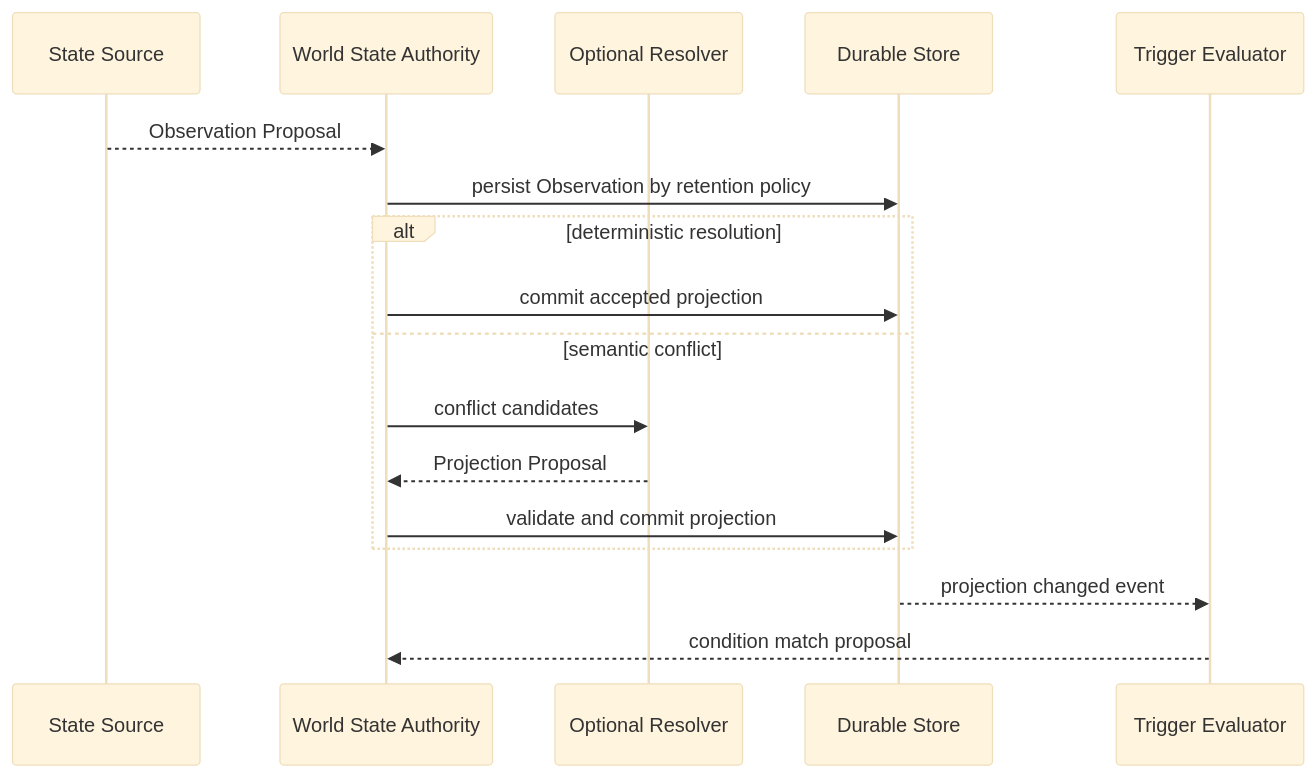
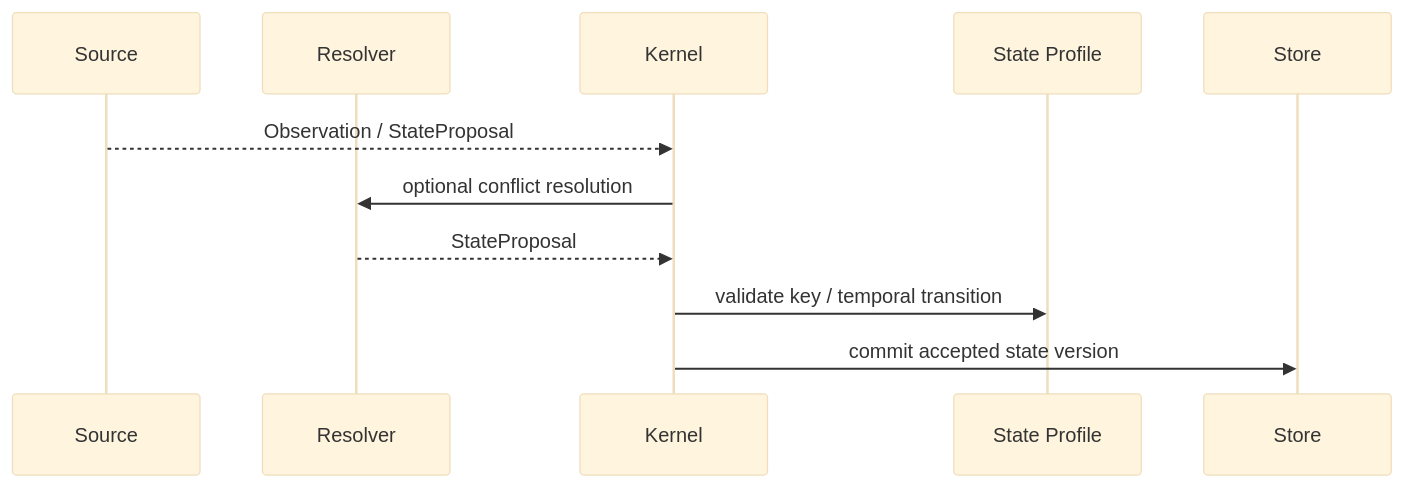
One commit to wzw57/OpenShadow changed the fifth of 6 diagrams in docs/technical-architecture.md. Above: the diagram before and after it, drawn with Mermaid (base theme). The commit also changed other lines of this file, not shown here.

Commit message:
docs: align docs/technical-architecture.md with tiny kernel profiles

```diff
--- a/docs/technical-architecture.md
+++ b/docs/technical-architecture.md
@@ -486,20 +549,14 @@
 ~~~mermaid
 sequenceDiagram
-    participant SRC as State Source
-    participant WA as World State Authority
-    participant SR as Optional Resolver
-    participant DS as Durable Store
-    participant TR as Trigger Evaluator
+    participant Source
+    participant Resolver
+    participant Kernel
+    participant Profile as State Profile
+    participant Store
 
-    SRC-->>WA: Observation Proposal
-    WA->>DS: persist Observation by retention policy
-    alt deterministic resolution
-        WA->>DS: commit accepted projection
-    else semantic conflict
-        WA->>SR: conflict candidates
-        SR-->>WA: Projection Proposal
-        WA->>DS: validate and commit projection
-    end
-    DS-->>TR: projection changed event
-    TR-->>WA: condition match proposal
+    Source-->>Kernel: Observation / StateProposal
+    Kernel->>Resolver: optional conflict resolution
+    Resolver-->>Kernel: StateProposal
+    Kernel->>Profile: validate key / temporal transition
+    Kernel->>Store: commit accepted state version
 ~~~
```
